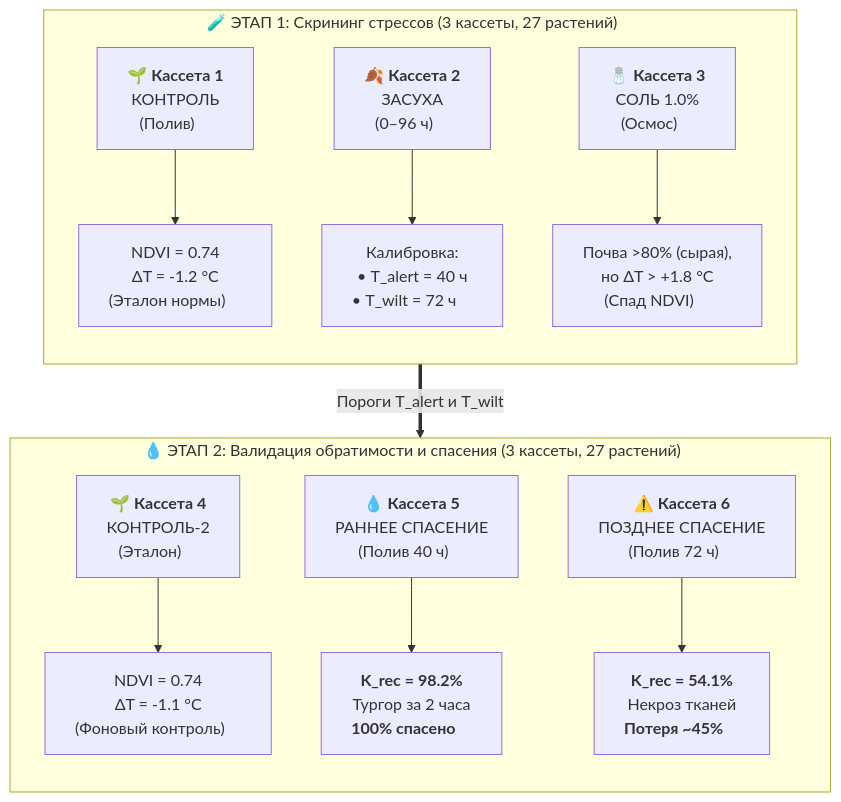
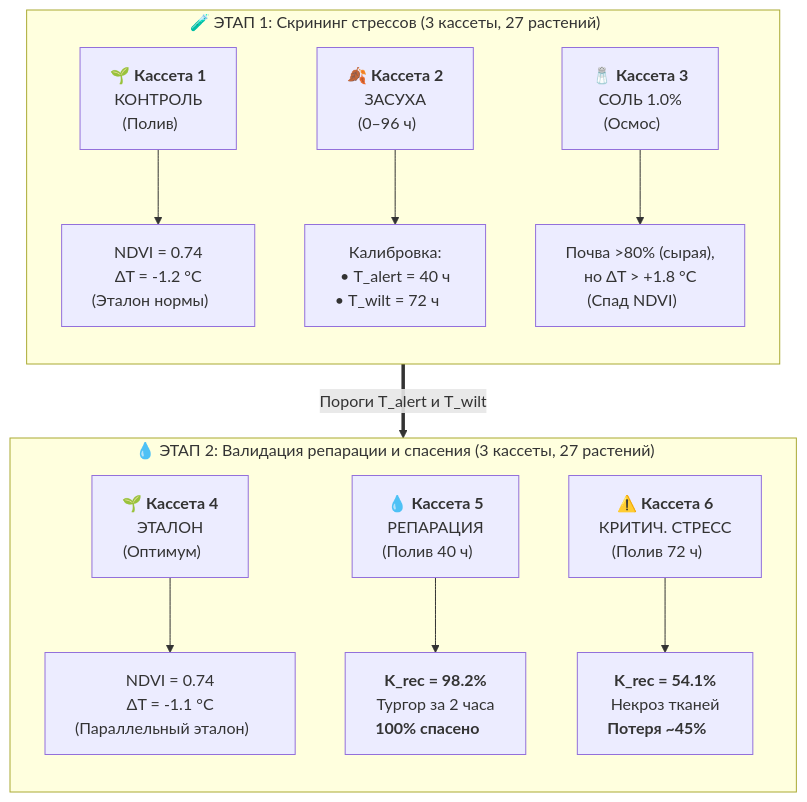
One commit to ezicvtumane/plant-stress-ndvi changed the diagram in README.md. Above: the diagram before and after it, drawn with Mermaid. The commit also changed other lines of this file, not shown here.

````diff
--- a/README.md
+++ b/README.md
@@ -218,18 +220,18 @@
 ```mermaid
 flowchart TD
     subgraph Phase1["🧪 ЭТАП 1: Скрининг стрессов (3 кассеты, 27 растений)&nbsp;&nbsp;&nbsp;&nbsp;"]
         direction TB
         P1_C1["🌱 <b>Кассета 1</b><br/>КОНТРОЛЬ<br/>(Полив)&nbsp;&nbsp;&nbsp;&nbsp;"] --> P1_R1["NDVI = 0.74<br/>ΔT = -1.2 °C<br/>(Эталон нормы)&nbsp;&nbsp;&nbsp;&nbsp;"]
         P1_C2["🍂 <b>Кассета 2</b><br/>ЗАСУХА<br/>(0–96 ч)&nbsp;&nbsp;&nbsp;&nbsp;"] --> P1_R2["Калибровка:<br/>• T_alert = 40 ч<br/>• T_wilt = 72 ч&nbsp;&nbsp;&nbsp;&nbsp;"]
         P1_C3["🧂 <b>Кассета 3</b><br/>СОЛЬ 1.0%<br/>(Осмос)&nbsp;&nbsp;&nbsp;&nbsp;"] --> P1_R3["Почва >80% (сырая),<br/>но ΔT > +1.8 °C<br/>(Спад NDVI)&nbsp;&nbsp;&nbsp;&nbsp;"]
     end
 
-    subgraph Phase2["💧 ЭТАП 2: Валидация обратимости и спасения (3 кассеты, 27 растений)&nbsp;&nbsp;&nbsp;&nbsp;"]
+    subgraph Phase2["💧 ЭТАП 2: Валидация репарации и спасения (3 кассеты, 27 растений)&nbsp;&nbsp;&nbsp;&nbsp;"]
         direction TB
-        P2_C4["🌱 <b>Кассета 4</b><br/>КОНТРОЛЬ-2<br/>(Эталон)&nbsp;&nbsp;&nbsp;&nbsp;"] --> P2_R4["NDVI = 0.74<br/>ΔT = -1.1 °C<br/>(Фоновый контроль)&nbsp;&nbsp;&nbsp;&nbsp;"]
-        P2_C5["💧 <b>Кассета 5</b><br/>РАННЕЕ СПАСЕНИЕ<br/>(Полив 40 ч)&nbsp;&nbsp;&nbsp;&nbsp;"] --> P2_R5["<b>K_rec = 98.2%</b><br/>Тургор за 2 часа<br/><b>100% спасено</b>&nbsp;&nbsp;&nbsp;&nbsp;"]
-        P2_C6["⚠️ <b>Кассета 6</b><br/>ПОЗДНЕЕ СПАСЕНИЕ<br/>(Полив 72 ч)&nbsp;&nbsp;&nbsp;&nbsp;"] --> P2_R6["<b>K_rec = 54.1%</b><br/>Некроз тканей<br/><b>Потеря ~45%</b>&nbsp;&nbsp;&nbsp;&nbsp;"]
+        P2_C4["🌱 <b>Кассета 4</b><br/>ЭТАЛОН<br/>(Оптимум)&nbsp;&nbsp;&nbsp;&nbsp;"] --> P2_R4["NDVI = 0.74<br/>ΔT = -1.1 °C<br/>(Параллельный эталон)&nbsp;&nbsp;&nbsp;&nbsp;"]
+        P2_C5["💧 <b>Кассета 5</b><br/>РЕПАРАЦИЯ<br/>(Полив 40 ч)&nbsp;&nbsp;&nbsp;&nbsp;"] --> P2_R5["<b>K_rec = 98.2%</b><br/>Тургор за 2 часа<br/><b>100% спасено</b>&nbsp;&nbsp;&nbsp;&nbsp;"]
+        P2_C6["⚠️ <b>Кассета 6</b><br/>КРИТИЧ. СТРЕСС<br/>(Полив 72 ч)&nbsp;&nbsp;&nbsp;&nbsp;"] --> P2_R6["<b>K_rec = 54.1%</b><br/>Некроз тканей<br/><b>Потеря ~45%</b>&nbsp;&nbsp;&nbsp;&nbsp;"]
     end
 
     Phase1 ==>|Пороги T_alert и T_wilt| Phase2
 ```
````
